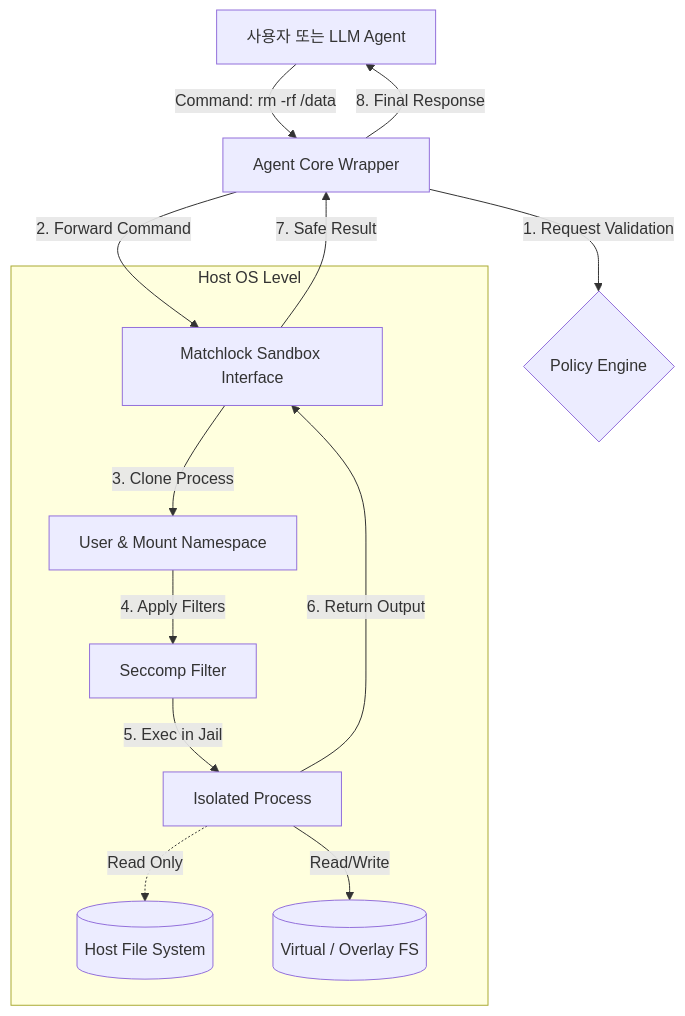
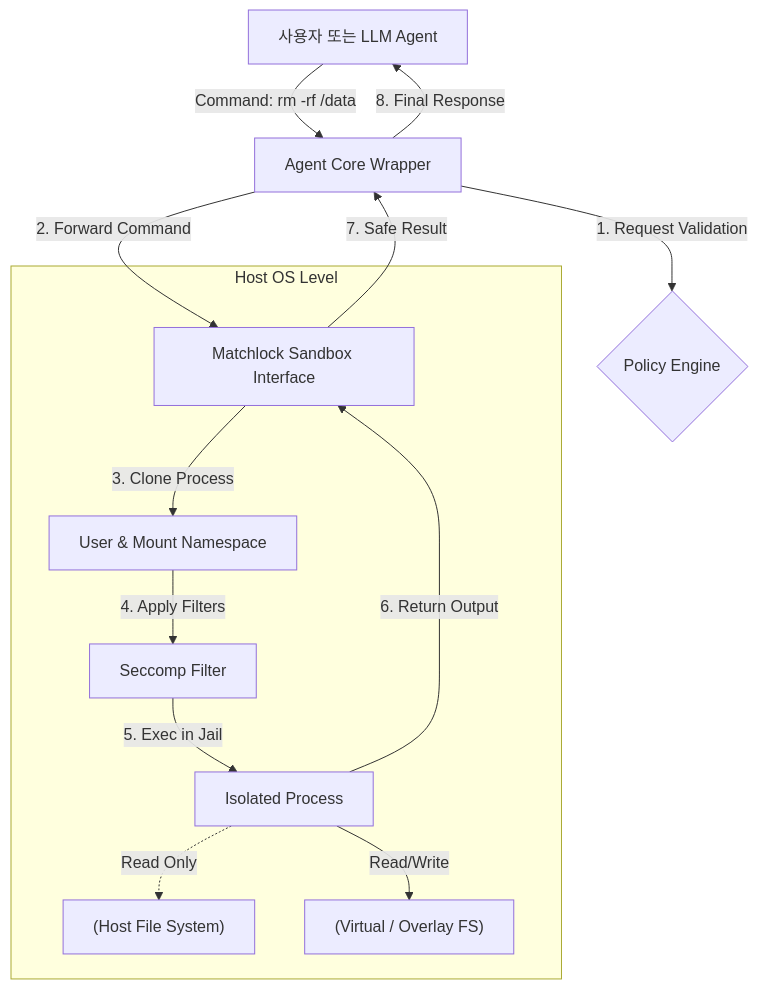
Before and after one commit to rebugui/rebugui.github.io: the diagram in content/post/AI/-Matchlock-AI-Agent-보안을-위한-Linux-샌드박스-구현/index.md, drawn with Mermaid. The commit also changed other lines of this file and 430 other files, not shown here.

Commit message:
fix: 표 깨짐 424글 복구(Notion 왕복 collapse) + mermaid 문법오류 7건 교정(괄호 라벨 따옴표·기형 엣지·placeholder 제거)

````diff
--- a/content/post/AI/-Matchlock-AI-Agent-보안을-위한-Linux-샌드박스-구현/index.md
+++ b/content/post/AI/-Matchlock-AI-Agent-보안을-위한-Linux-샌드박스-구현/index.md
@@ -33,25 +37,25 @@
 ```mermaid
 graph TD
     User[사용자 또는 LLM Agent] -->|Command: rm -rf /data| AgentCore[Agent Core Wrapper]
 
     AgentCore -->|1. Request Validation| PolicyMgr{Policy Engine}
     AgentCore -->|2. Forward Command| Matchlock[Matchlock Sandbox Interface]
 
     subgraph HostSystem [Host OS Level]
         Matchlock -->|3. Clone Process| Unshare[User & Mount Namespace]
         Unshare -->|4. Apply Filters| Seccomp[Seccomp Filter]
         Seccomp -->|5. Exec in Jail| IsolatedProc[Isolated Process]
         
-        HostFS[(Host File System)]
-        VirtualFS[(Virtual / Overlay FS)]
+        HostFS["(Host File System)"]
+        VirtualFS["(Virtual / Overlay FS)"]
         
         IsolatedProc -.->|Read Only| HostFS
         IsolatedProc -->|Read/Write| VirtualFS
     end
 
     IsolatedProc -->|6. Return Output| Matchlock
     Matchlock -->|7. Safe Result| AgentCore
     AgentCore -->|8. Final Response| User
 
     %% 스타일 적용
 ```
````
